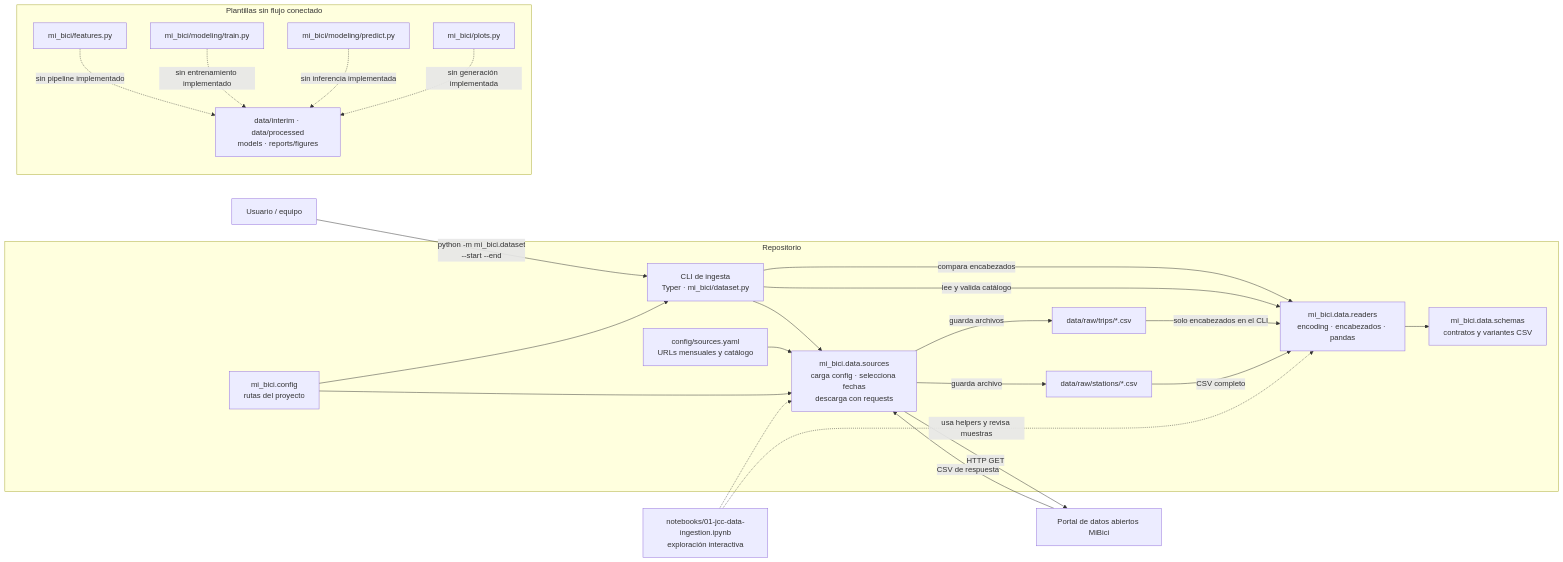
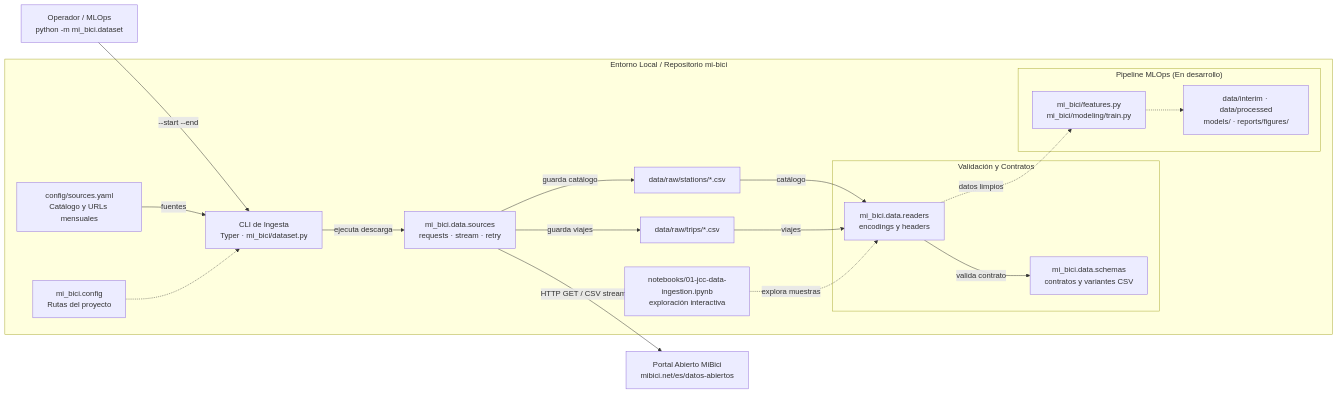
Before and after one commit to oscartrix/TC5061-Proyecto-Equipo11: the diagram in references/architecture.md, drawn with Mermaid. The commit also changed other lines of this file and 2 other files, not shown here.

Commit message:
docs: Actualizar diagrama de arquitectura con archify

````diff
--- a/references/architecture.md
+++ b/references/architecture.md
@@ -5,43 +25,30 @@
 ```mermaid
 flowchart LR
-    operator["Usuario / equipo"] -->|python -m mi_bici.dataset<br/>--start --end| cli["CLI de ingesta<br/>Typer · mi_bici/dataset.py"]
+    operator["Operador / MLOps<br/>python -m mi_bici.dataset"] -->|--start --end| cli["CLI de Ingesta<br/>Typer · mi_bici/dataset.py"]
 
-    subgraph repository["Repositorio"]
-        urls["config/sources.yaml<br/>URLs mensuales y catálogo"]
-        sources["mi_bici.data.sources<br/>carga config · selecciona fechas<br/>descarga con requests"]
-        contracts["mi_bici.data.schemas<br/>contratos y variantes CSV"]
-        readers["mi_bici.data.readers<br/>encoding · encabezados · pandas"]
-        paths["mi_bici.config<br/>rutas del proyecto"]
-        trips["data/raw/trips/*.csv"]
-        stations["data/raw/stations/*.csv"]
-        cli --> sources
-        urls --> sources
-        paths --> cli
-        paths --> sources
-        sources -->|guarda archivos| trips
-        sources -->|guarda archivo| stations
-        cli -->|compara encabezados| readers
-        cli -->|lee y valida catálogo| readers
-        readers --> contracts
-        trips -->|solo encabezados en el CLI| readers
-        stations -->|CSV completo| readers
+    subgraph repository["Entorno Local / Repositorio mi-bici"]
+        config["config/sources.yaml<br/>Catálogo y URLs mensuales"] -->|fuentes| cli
+        paths["mi_bici.config<br/>Rutas del proyecto"] -.-> cli
+        
+        cli -->|ejecuta descarga| sources["mi_bici.data.sources<br/>requests · stream · retry"]
+        
+        sources -->|guarda catálogo| raw_stations["data/raw/stations/*.csv"]
+        sources -->|guarda viajes| raw_trips["data/raw/trips/*.csv"]
+        
+        raw_stations -->|catálogo| readers["mi_bici.data.readers<br/>encodings y headers"]
+        raw_trips -->|viajes| readers
+        
+        subgraph contracts_boundary["Validación y Contratos"]
+            readers -->|valida contrato| schemas["mi_bici.data.schemas<br/>contratos y variantes CSV"]
+        end
+        
+        notebook["notebooks/01-jcc-data-ingestion.ipynb<br/>exploración interactiva"] -.->|explora muestras| readers
+        
+        subgraph scaffold["Pipeline MLOps (En desarrollo)"]
+            readers -.->|datos limpios| downstream["mi_bici/features.py<br/>mi_bici/modeling/train.py"]
+            downstream -.-> targets["data/interim · data/processed<br/>models/ · reports/figures/"]
+        end
     end
 
-    sources -->|HTTP GET| mibici["Portal de datos abiertos MiBici"]
-    mibici -->|CSV de respuesta| sources
-
-    notebook["notebooks/01-jcc-data-ingestion.ipynb<br/>exploración interactiva"] -.->|usa helpers y revisa muestras| readers
-    notebook -.-> sources
-
-    subgraph scaffold["Plantillas sin flujo conectado"]
-        features["mi_bici/features.py"]
-        train["mi_bici/modeling/train.py"]
-        predict["mi_bici/modeling/predict.py"]
-        plots["mi_bici/plots.py"]
-        targets["data/interim · data/processed<br/>models · reports/figures"]
-        features -.->|sin pipeline implementado| targets
-        train -.->|sin entrenamiento implementado| targets
-        predict -.->|sin inferencia implementada| targets
-        plots -.->|sin generación implementada| targets
-    end
+    sources -->|HTTP GET / CSV stream| mibici["Portal Abierto MiBici<br/>mibici.net/es/datos-abiertos"]
 ```
````
